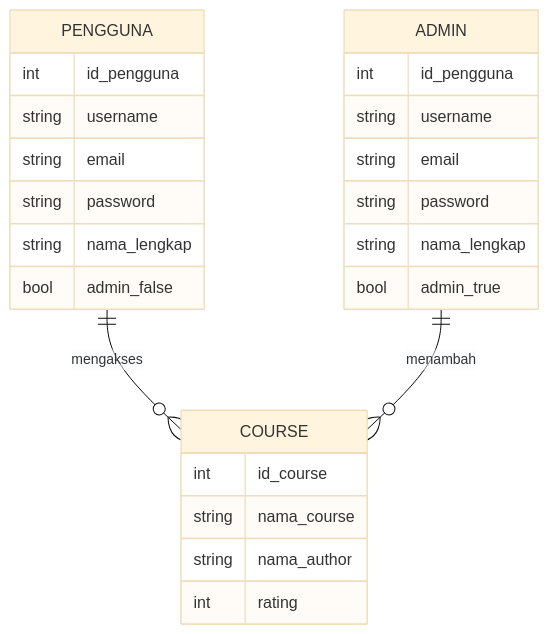
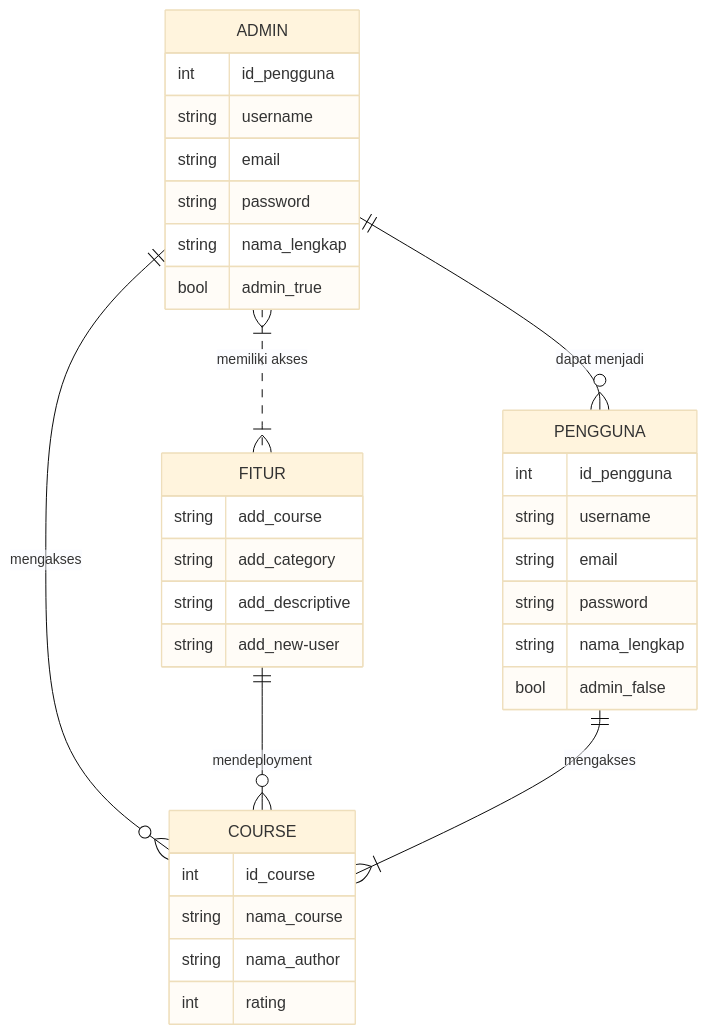
Before and after one commit to ImYourIgnatius/FirstJourney: the first of 2 diagrams in PengenalanIF.md, drawn with Mermaid (base theme).

````diff
--- a/PengenalanIF.md
+++ b/PengenalanIF.md
@@ -75,28 +75,42 @@
 ```mermaid
 erDiagram
-  PENGGUNA {
-    int id_pengguna
-    string username
-    string email
-    string password
-    string nama_lengkap
-    bool admin_false
-  }
 ADMIN {
     int id_pengguna
     string username
     string email
     string password
     string nama_lengkap
     bool admin_true
   }
 
-  PENGGUNA ||--o{ COURSE : mengakses
-  ADMIN ||--o{ COURSE : menambah
-  COURSE {
+    ADMIN }|..|{ FITUR : "memiliki akses"
+    ADMIN ||--o{ COURSE : mengakses
+    ADMIN ||--o{ PENGGUNA : "dapat menjadi"
+    FITUR ||--o{ COURSE : mendeployment
+    PENGGUNA ||--|{ COURSE : mengakses
+
+PENGGUNA {
+    int id_pengguna
+    string username
+    string email
+    string password
+    string nama_lengkap
+    bool admin_false
+}
+
+COURSE {
     int id_course
     string nama_course
     string nama_author 
     int rating
  } 
+
+FITUR {
+    string add_course
+    string add_category
+    string add_descriptive
+    string add_new-user
+}
+
+
 ```
````
